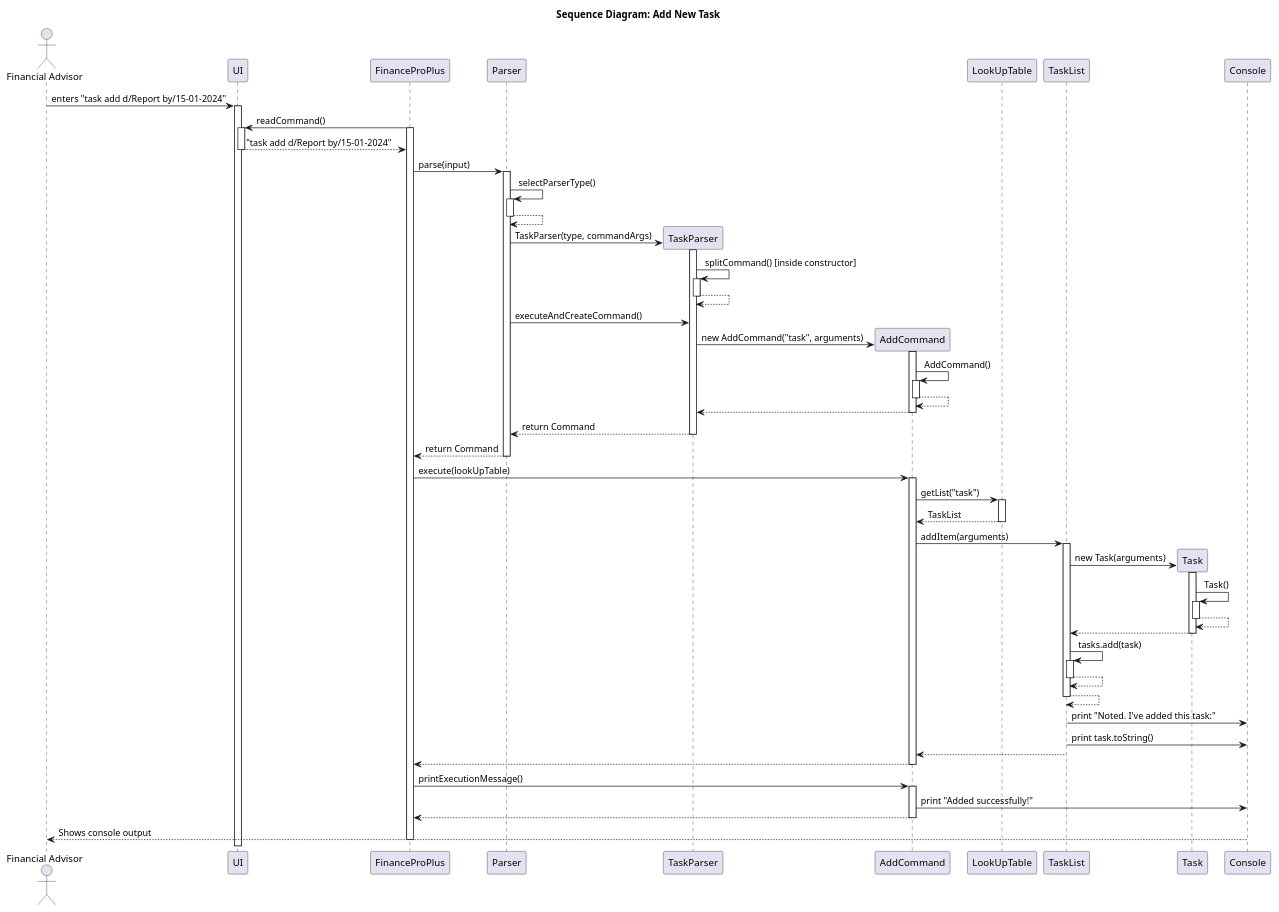
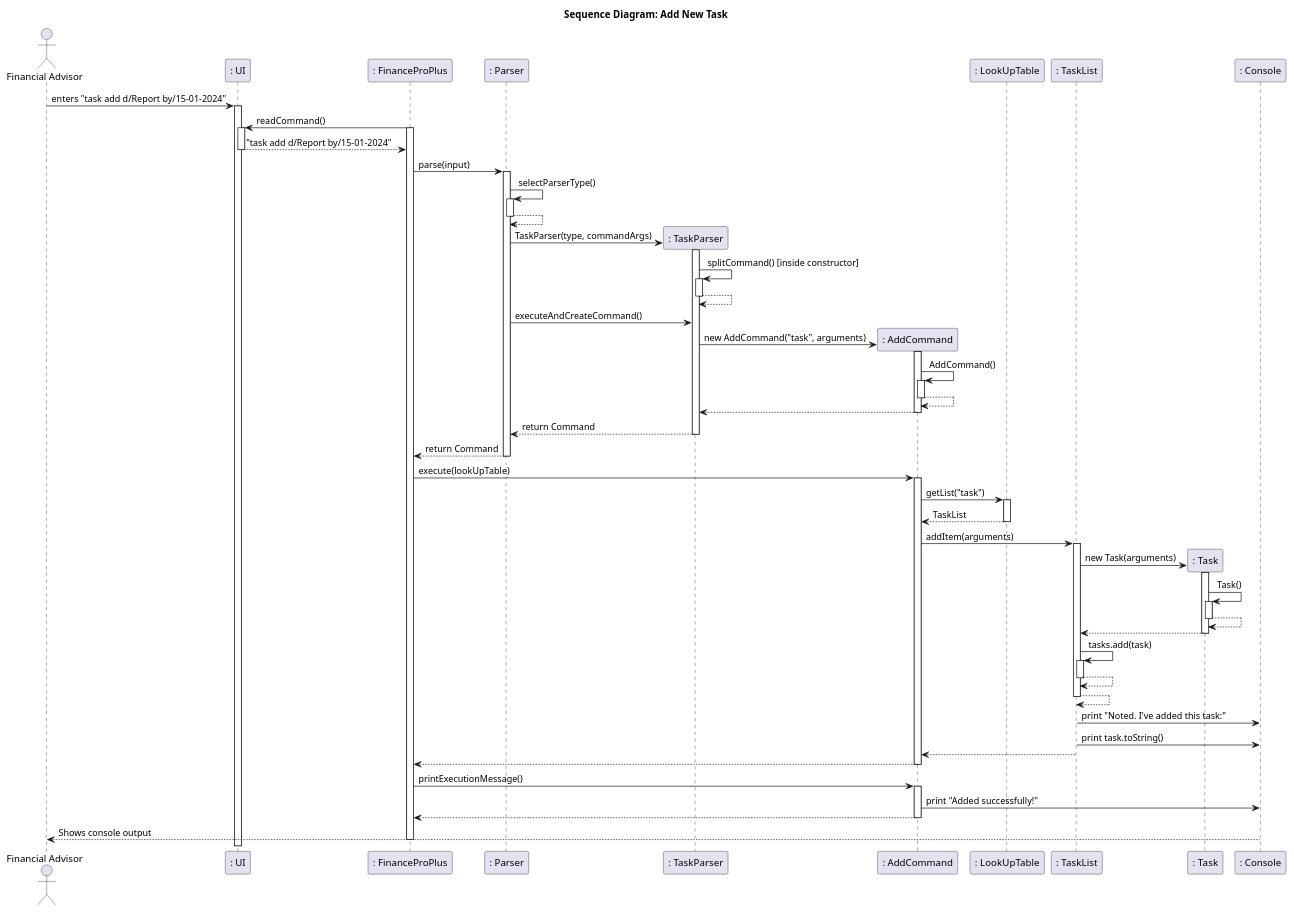
One commit to ZT712002/tp changed the diagram in docs/umldiagrams/tasksequence.puml. Above: the diagram before and after it, drawn with PlantUML. The commit also changed 1 other file, not shown here.

Commit message:
updated sequence diagram to include colons before class name

```diff
--- a/docs/umldiagrams/tasksequence.puml
+++ b/docs/umldiagrams/tasksequence.puml
@@ -1,97 +1,97 @@
 @startuml
 
 
 title Sequence Diagram: Add New Task
 
 
 actor User as "Financial Advisor"
-participant UI
-participant App as "FinanceProPlus"
-participant Parser
-participant TaskParser
-participant Command as "AddCommand"
-participant LookUpTable
-participant TaskList
-participant Task
-participant Console
+participant ": UI" as UI
+participant ": FinanceProPlus" as App
+participant ": Parser" as Parser
+participant ": TaskParser" as TaskParser
+participant ": AddCommand" as Command
+participant ": LookUpTable" as LookUpTable
+participant ": TaskList" as TaskList
+participant ": Task" as Task
+participant ": Console" as Console
 
 
 User -> UI: enters "task add d/Report by/15-01-2024"
 activate UI
 App -> UI: readCommand()
 activate App
 activate UI
 UI --> App: "task add d/Report by/15-01-2024"
 deactivate UI
 App -> Parser: parse(input)
 activate Parser
 
 
     Parser -> Parser: selectParserType()
     activate Parser
     Parser --> Parser
     deactivate Parser
     Parser -> TaskParser**: TaskParser(type, commandArgs)
     activate TaskParser
 
     TaskParser -> TaskParser: splitCommand() [inside constructor]
     activate TaskParser
     TaskParser --> TaskParser
     deactivate TaskParser
 
     Parser -> TaskParser: executeAndCreateCommand()
     TaskParser -> Command**: new AddCommand("task", arguments)
     activate Command
     Command -> Command: AddCommand()
     activate Command
     Command --> Command
     deactivate Command
     Command --> TaskParser
     deactivate Command
     TaskParser --> Parser: return Command
     deactivate TaskParser
     Parser --> App: return Command
     deactivate Parser
     App -> Command: execute(lookUpTable)
     activate Command
     Command -> LookUpTable: getList("task")
     activate LookUpTable
     LookUpTable --> Command: TaskList
     deactivate LookUpTable
     Command -> TaskList: addItem(arguments)
     activate TaskList
 
     TaskList -> Task**: new Task(arguments)
     activate Task
 
     Task -> Task: Task()
     activate Task
     Task --> Task
     deactivate Task
     Task --> TaskList
     deactivate Task
     TaskList -> TaskList: tasks.add(task)
     activate TaskList
     TaskList --> TaskList
     deactivate TaskList
     TaskList --> TaskList
     deactivate TaskList
     TaskList -> Console: print "Noted. I've added this task:"
     TaskList -> Console: print task.toString()
     TaskList --> Command
     deactivate TaskList
     Command --> App
     deactivate Command
     App -> Command: printExecutionMessage()
     Activate Command
     Command -> Console: print "Added successfully!"
     Command --> App
     deactivate Command
 
 
     Console --> User: Shows console output
 
 deactivate Parser
 deactivate App
 
 @enduml
```
